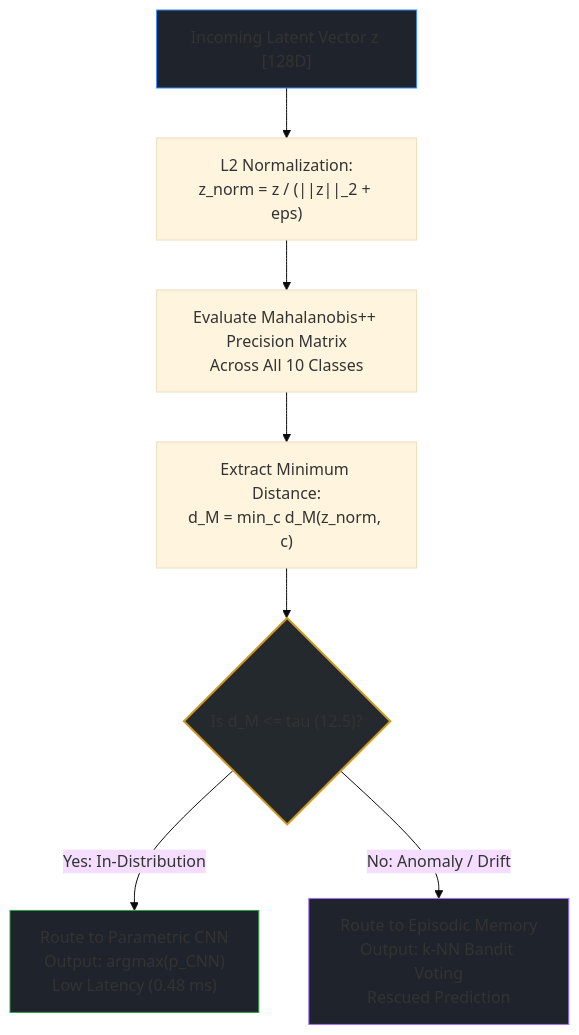
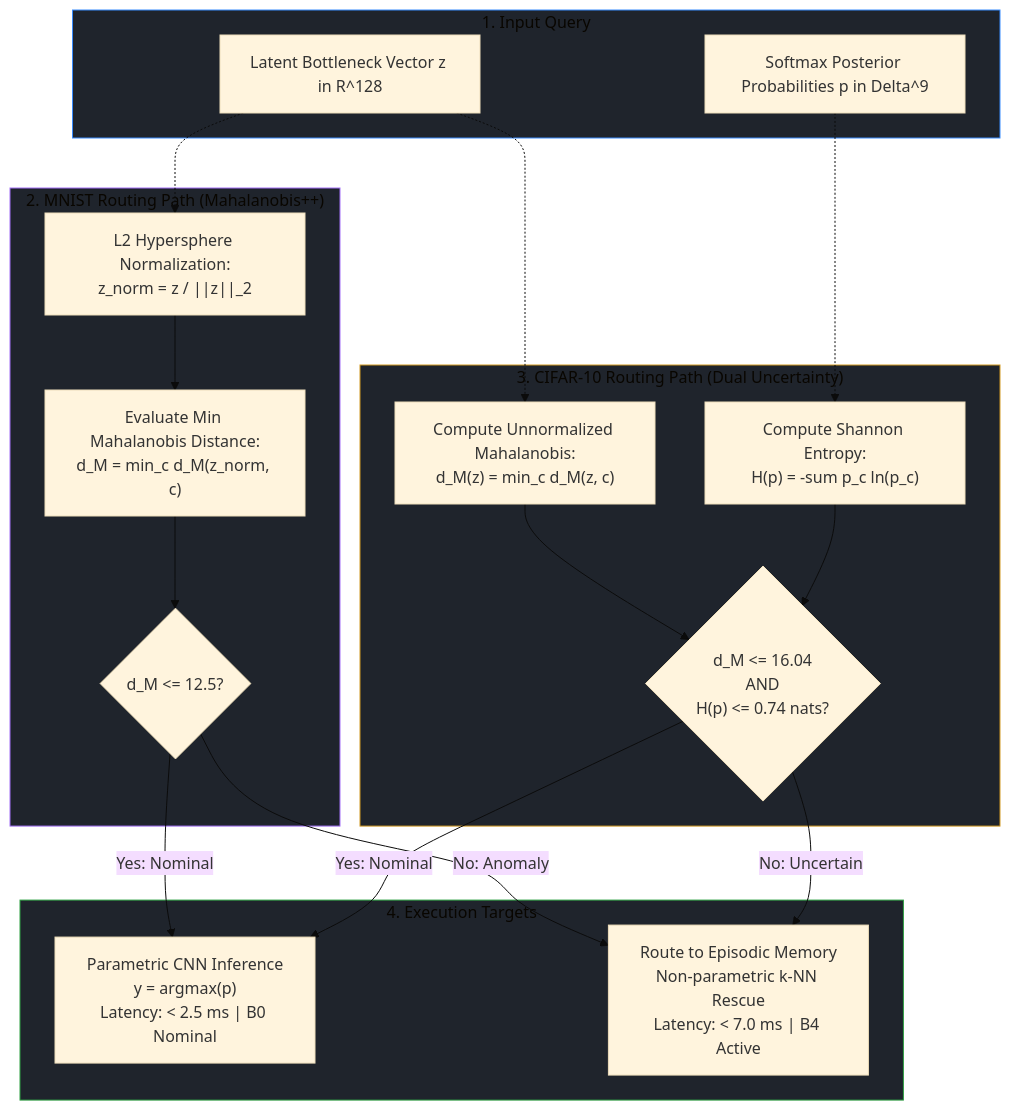
Before and after one commit to Santiago-1211173/projeto-cnn: the diagram in docs/architecture/ood-detection.md, drawn with Mermaid (base theme). The commit also changed other lines of this file and 58 other files, not shown here.

````diff
--- a/docs/architecture/ood-detection.md
+++ b/docs/architecture/ood-detection.md
@@ -73,16 +85,39 @@
 ```mermaid
 flowchart TD
-    QUERY["Incoming Latent Vector z [128D]"] --> NORM["L2 Normalization:<br>z_norm = z / (||z||_2 + eps)"]
-    NORM --> BATCH["Evaluate Mahalanobis++ Precision Matrix<br>Across All 10 Classes"]
-    BATCH --> MIN_DIST["Extract Minimum Distance:<br>d_M = min_c d_M(z_norm, c)"]
-    
-    MIN_DIST --> DECISION{"Is d_M <= tau (12.5)?"}
-    
-    DECISION -->|Yes: In-Distribution| PATH_CNN["Route to Parametric CNN<br>Output: argmax(p_CNN)<br>Low Latency (0.48 ms)"]
-    DECISION -->|No: Anomaly / Drift| PATH_KNN["Route to Episodic Memory<br>Output: k-NN Bandit Voting<br>Rescued Prediction"]
-    
-    style QUERY fill:#1f242c,stroke:#388bfd,stroke-width:1px
-    style DECISION fill:#24292e,stroke:#d29922,stroke-width:2px
-    style PATH_CNN fill:#1f242c,stroke:#2ea043,stroke-width:1px
-    style PATH_KNN fill:#1f242c,stroke:#a371f7,stroke-width:1px
+    subgraph InputQuery["1. Input Query"]
+        Z["Latent Bottleneck Vector z in R^128"]
+        P["Softmax Posterior Probabilities p in Delta^9"]
+    end
+
+    subgraph MNISTRouting["2. MNIST Routing Path (Mahalanobis++)"]
+        NORM["L2 Hypersphere Normalization:<br>z_norm = z / ||z||_2"]
+        MAHA_M["Evaluate Min Mahalanobis Distance:<br>d_M = min_c d_M(z_norm, c)"]
+        CHECK_M{"d_M <= 12.5?"}
+        
+        Z -.-> NORM --> MAHA_M --> CHECK_M
+    end
+
+    subgraph CIFAR10Routing["3. CIFAR-10 Routing Path (Dual Uncertainty)"]
+        MAHA_C["Compute Unnormalized Mahalanobis:<br>d_M(z) = min_c d_M(z, c)"]
+        ENT_C["Compute Shannon Entropy:<br>H(p) = -sum p_c ln(p_c)"]
+        CHECK_C{"d_M <= 16.04<br>AND<br>H(p) <= 0.74 nats?"}
+        
+        Z -.-> MAHA_C --> CHECK_C
+        P -.-> ENT_C --> CHECK_C
+    end
+
+    subgraph ExecutionTargets["4. Execution Targets"]
+        CNN_EXEC["Parametric CNN Inference<br>y = argmax(p)<br>Latency: < 2.5 ms | B0 Nominal"]
+        KNN_EXEC["Route to Episodic Memory<br>Non-parametric k-NN Rescue<br>Latency: < 7.0 ms | B4 Active"]
+        
+        CHECK_M -->|Yes: Nominal| CNN_EXEC
+        CHECK_M -->|No: Anomaly| KNN_EXEC
+        CHECK_C -->|Yes: Nominal| CNN_EXEC
+        CHECK_C -->|No: Uncertain| KNN_EXEC
+    end
+
+    style InputQuery fill:#1f242c,stroke:#388bfd,stroke-width:1px
+    style MNISTRouting fill:#1f242c,stroke:#a371f7,stroke-width:1px
+    style CIFAR10Routing fill:#1f242c,stroke:#d29922,stroke-width:1px
+    style ExecutionTargets fill:#1f242c,stroke:#2ea043,stroke-width:1px
 ```
````
